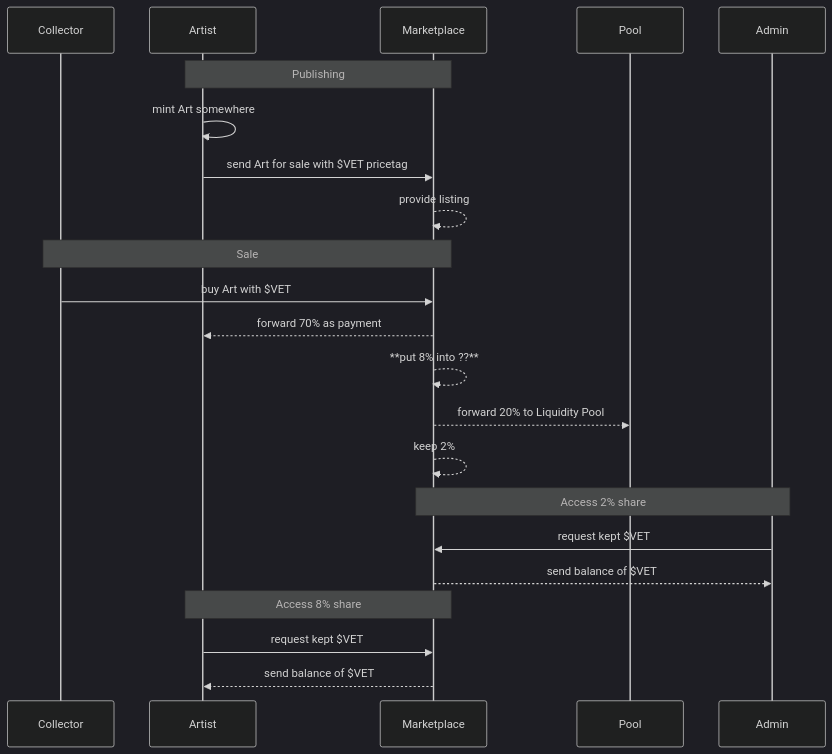
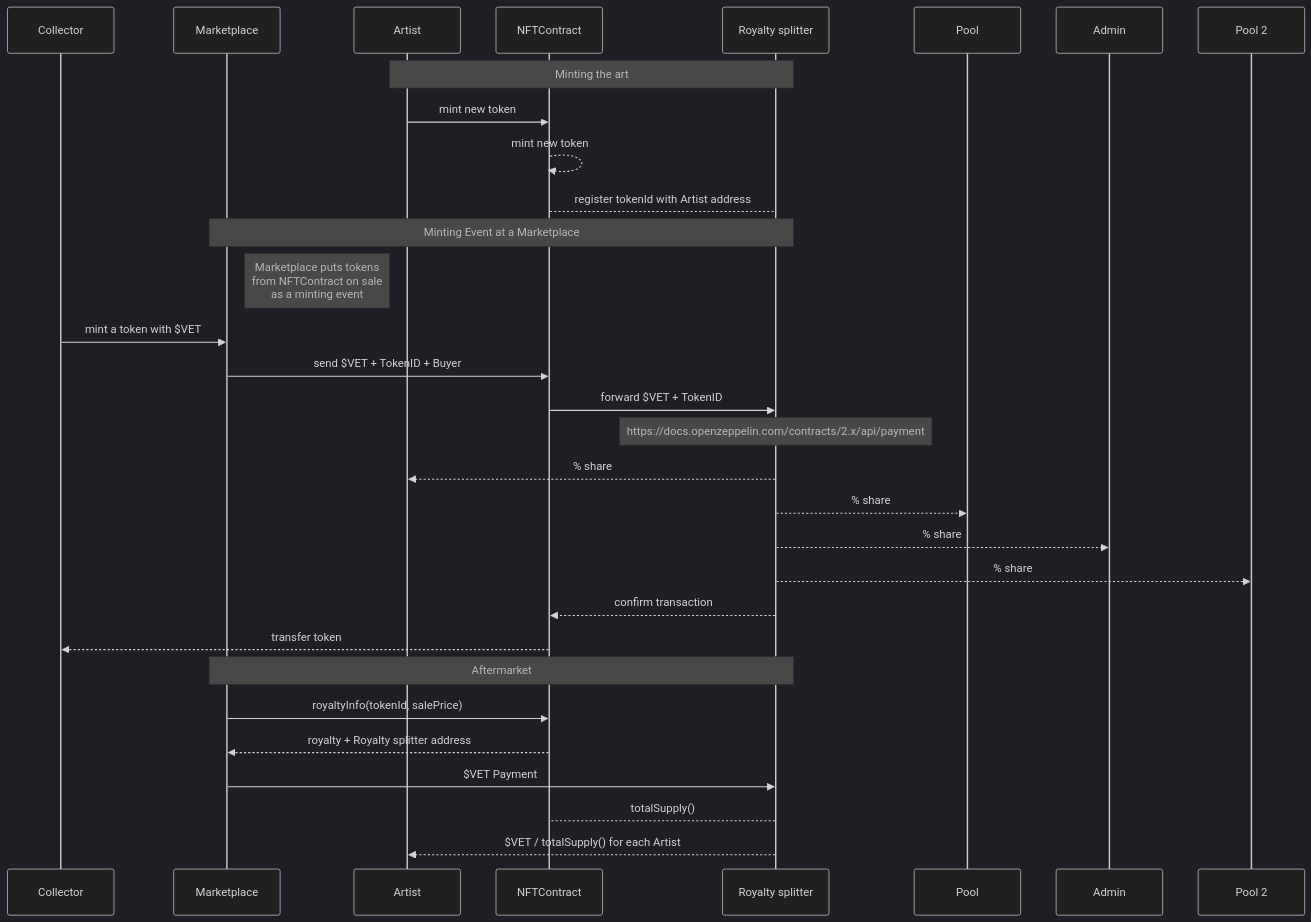
One commit to vechain-energy/poc-payment-splitter changed the diagram in README.md. Above: the diagram before and after it, drawn with Mermaid (dark theme). The commit also changed other lines of this file, not shown here.

````diff
--- a/README.md
+++ b/README.md
@@ -28,28 +36,38 @@
 ```mermaid
 sequenceDiagram
     participant Collector
+    participant Marketplace
     participant Artist
-    participant Marketplace
+    participant NFTContract
+    participant Royalty splitter
     participant Pool
     participant Admin
 
-    note over Artist, Marketplace: Publishing
-    Artist->>Artist: mint Art somewhere
-    Artist->>Marketplace: send Art for sale with $VET pricetag
-    Marketplace-->>Marketplace: provide listing
+    
+    note over Artist, Royalty splitter: Minting the art
+    Artist->>NFTContract: mint new token
+    NFTContract-->>NFTContract: mint new token
+    NFTContract-->Royalty splitter: register tokenId with Artist address
 
-    note over Collector, Marketplace: Sale
-    Collector->>Marketplace: buy Art with $VET
-    Marketplace-->>Artist: forward 70% as payment
-    Marketplace-->>Marketplace: **put 8% into ??**
-    Marketplace-->>Pool: forward 20% to Liquidity Pool
-    Marketplace-->>Marketplace: keep 2%
+    note over Marketplace, Royalty splitter: Minting Event at a Marketplace
+    note right of Marketplace: Marketplace puts tokens<br/>from NFTContract on sale<br/>as a minting event
+    Collector->>Marketplace: mint a token with $VET
+    Marketplace->>NFTContract: send $VET + TokenID + Buyer
+    NFTContract->>Royalty splitter: forward $VET + TokenID
 
-    note over Admin, Marketplace: Access 2% share
-    Admin->>Marketplace: request kept $VET
-    Marketplace-->>Admin: send balance of $VET
+    note over Royalty splitter: https://docs.openzeppelin.com/contracts/2.x/api/payment#PullPayment
+    Royalty splitter-->>Artist: % share
+    Royalty splitter-->>Pool: % share
+    Royalty splitter-->>Admin: % share
+    Royalty splitter-->>Pool 2: % share
+    Royalty splitter-->>NFTContract: confirm transaction
 
-    note over Artist, Marketplace: Access 8% share
-    Artist->>Marketplace: request kept $VET
-    Marketplace-->>Artist: send balance of $VET
+    NFTContract-->>Collector: transfer token
+
+    note over Marketplace, Royalty splitter: Aftermarket
+    Marketplace->>NFTContract: royaltyInfo(tokenId, salePrice)
+    NFTContract-->>Marketplace: royalty + Royalty splitter address
+    Marketplace->>Royalty splitter: $VET Payment
+    Royalty splitter-->NFTContract: totalSupply()
+    Royalty splitter-->>Artist: $VET / totalSupply() for each Artist
 ```
````
